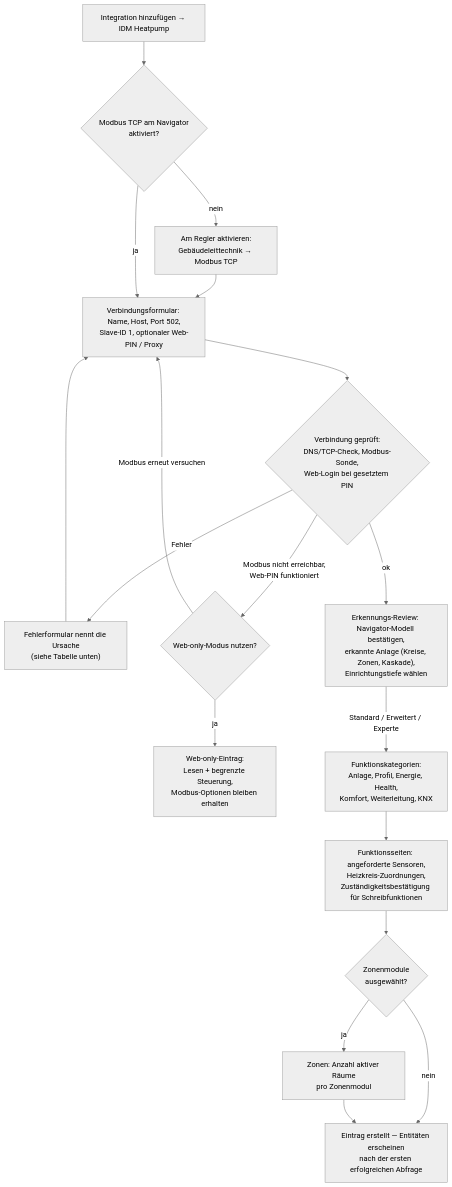
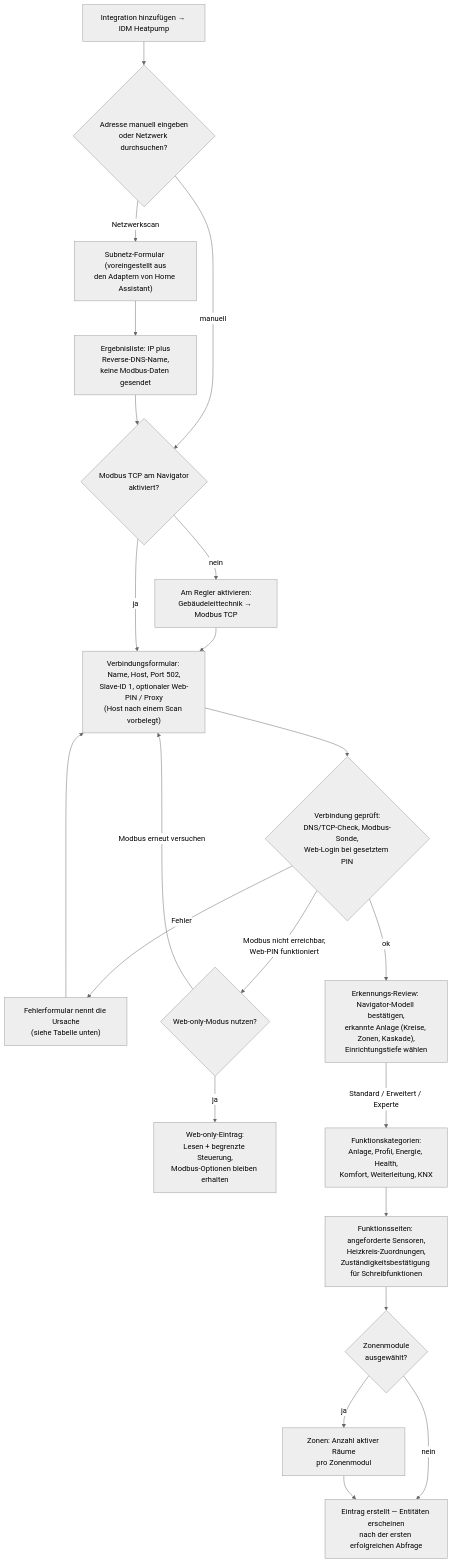
Before and after one commit to Xerolux/idm-heatpump-hass: the diagram in docs/wiki/de/Installation-and-Setup.md, drawn with Mermaid (neutral theme). The commit also changed other lines of this file and 22 other files, not shown here.

First line of the commit message:
feat: optional network scan in the setup flow (0.26.0-b1)

````diff
--- a/docs/wiki/de/Installation-and-Setup.md
+++ b/docs/wiki/de/Installation-and-Setup.md
@@ -134,20 +135,24 @@
 ```mermaid
 flowchart TD
-    add["Integration hinzufügen → IDM Heatpump"] --> prereq{"Modbus TCP am Navigator<br/>aktiviert?"}
+    add["Integration hinzufügen → IDM Heatpump"] --> start{"Adresse manuell eingeben<br/>oder Netzwerk durchsuchen?"}
+    start -- "manuell" --> prereq{"Modbus TCP am Navigator<br/>aktiviert?"}
+    start -- "Netzwerkscan" --> scan["Subnetz-Formular (voreingestellt aus<br/>den Adaptern von Home Assistant)"]
+    scan --> scanres["Ergebnisliste: IP plus<br/>Reverse-DNS-Name,<br/>keine Modbus-Daten gesendet"]
+    scanres --> prereq
     prereq -- "nein" --> enable["Am Regler aktivieren:<br/>Gebäudeleittechnik → Modbus TCP"]
     enable --> conn
-    prereq -- "ja" --> conn["Verbindungsformular: Name, Host, Port 502,<br/>Slave-ID 1, optionaler Web-PIN / Proxy"]
+    prereq -- "ja" --> conn["Verbindungsformular: Name, Host, Port 502,<br/>Slave-ID 1, optionaler Web-PIN / Proxy<br/>(Host nach einem Scan vorbelegt)"]
     conn --> validate{"Verbindung geprüft:<br/>DNS/TCP-Check, Modbus-Sonde,<br/>Web-Login bei gesetztem PIN"}
     validate -- "Fehler" --> cause["Fehlerformular nennt die Ursache<br/>(siehe Tabelle unten)"]
     cause --> conn
     validate -- "Modbus nicht erreichbar,<br/>Web-PIN funktioniert" --> fallback{"Web-only-Modus nutzen?"}
     fallback -- "ja" --> webonly["Web-only-Eintrag:<br/>Lesen + begrenzte Steuerung,<br/>Modbus-Optionen bleiben erhalten"]
     fallback -- "Modbus erneut versuchen" --> conn
     validate -- "ok" --> review["Erkennungs-Review: Navigator-Modell bestätigen,<br/>erkannte Anlage (Kreise, Zonen, Kaskade),<br/>Einrichtungstiefe wählen"]
     review -- "Standard / Erweitert / Experte" --> features["Funktionskategorien:<br/>Anlage, Profil, Energie, Health,<br/>Komfort, Weiterleitung, KNX"]
     features --> pages["Funktionsseiten: angeforderte Sensoren,<br/>Heizkreis-Zuordnungen,<br/>Zuständigkeitsbestätigung für Schreibfunktionen"]
     pages --> zones{"Zonenmodule<br/>ausgewählt?"}
     zones -- "ja" --> rooms["Zonen: Anzahl aktiver Räume<br/>pro Zonenmodul"]
     zones -- "nein" --> finish
     rooms --> finish["Eintrag erstellt — Entitäten erscheinen<br/>nach der ersten erfolgreichen Abfrage"]
 ```
````
